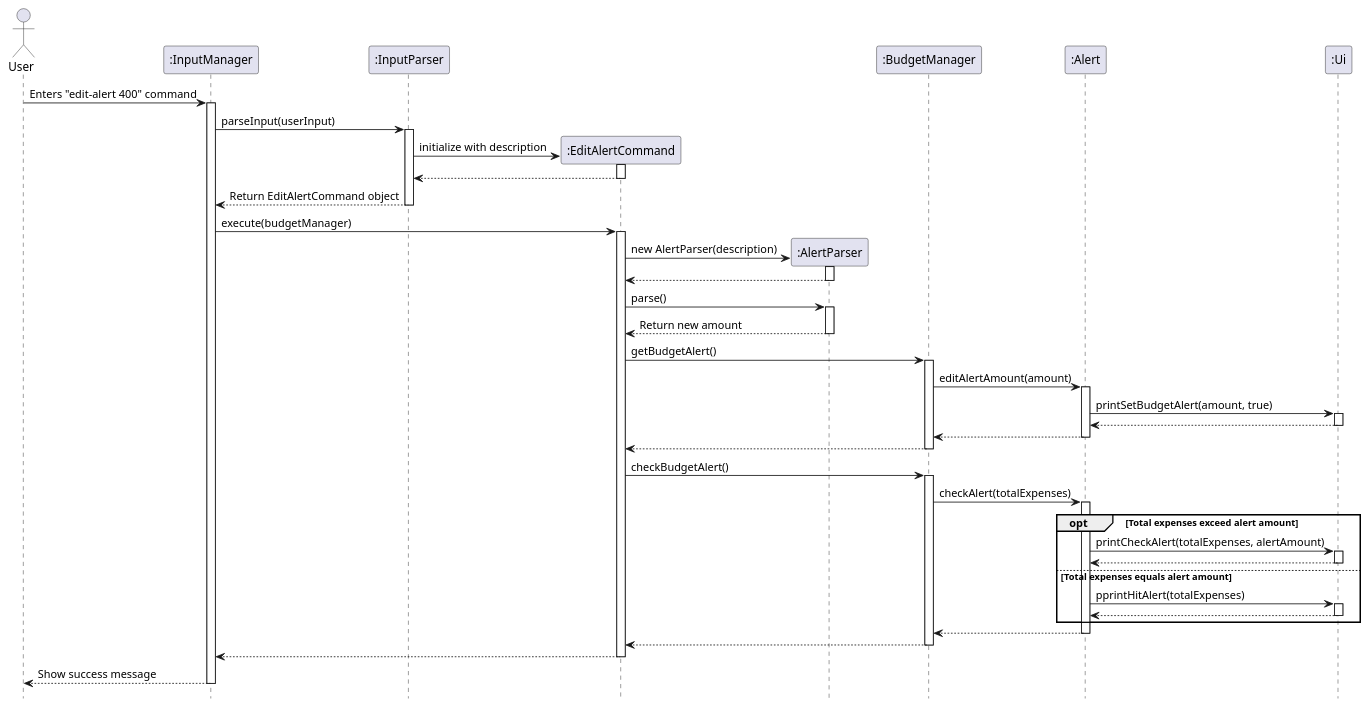
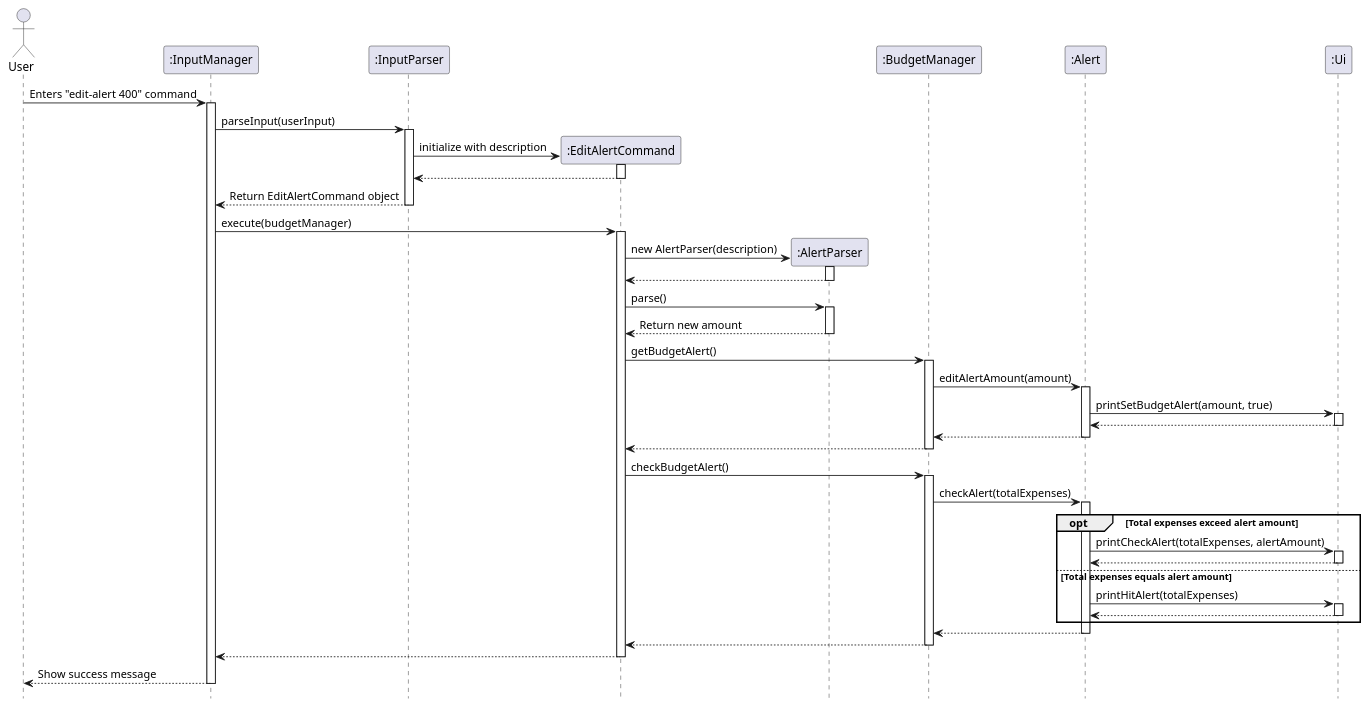
The diagram in docs/diagrams/EditAlertSequenceDiagram.puml (AY2425S2-CS2113-T12-4/tp), drawn with PlantUML before and after one commit. The commit also changed 3 other files, not shown here.

Commit message:
Update sequence diagrams to fix bugs

```diff
--- a/docs/diagrams/EditAlertSequenceDiagram.puml
+++ b/docs/diagrams/EditAlertSequenceDiagram.puml
@@ -1,74 +1,74 @@
 @startuml
 hide circle
 skinparam classAttributeIconSize 0
 hide footbox
 actor User
 participant ":InputManager" as IM
 participant ":InputParser" as IP
 participant ":EditAlertCommand" as EAC
 participant ":AlertParser" as AP
 participant ":BudgetManager" as BM
 participant ":Alert" as A
 participant ":Ui" as UI
 
 User -> IM: Enters "edit-alert 400" command
 activate IM
 IM -> IP: parseInput(userInput)
 activate IP
 create EAC
 IP -> EAC: initialize with description
 activate EAC
 EAC --> IP
 deactivate EAC
 IP --> IM: Return EditAlertCommand object
 deactivate IP
 
 IM -> EAC: execute(budgetManager)
 activate EAC
 create AP
 EAC -> AP: new AlertParser(description)
 activate AP
 AP-->EAC
 deactivate AP
 EAC -> AP: parse()
 activate AP
 AP --> EAC: Return new amount
 deactivate AP
 EAC -> BM: getBudgetAlert()
 activate BM
 BM -> A: editAlertAmount(amount)
 activate A
 A -> UI: printSetBudgetAlert(amount, true)
 activate UI
 UI --> A
 deactivate UI
 A--> BM
 deactivate A
 BM--> EAC
 deactivate BM
 EAC -> BM: checkBudgetAlert()
 activate BM
 BM -> A:checkAlert(totalExpenses)
 activate A
 opt Total expenses exceed alert amount
 A -> UI: printCheckAlert(totalExpenses, alertAmount)
 activate UI
 UI --> A
 deactivate UI
 else Total expenses equals alert amount
-A -> UI: pprintHitAlert(totalExpenses)
+A -> UI: printHitAlert(totalExpenses)
 activate UI
 UI --> A
 deactivate UI
 end
 A --> BM
 deactivate A
 BM--> EAC
 deactivate BM
 
 deactivate A
 EAC --> IM
 deactivate EAC
 IM --> User: Show success message
 deactivate IM
 @enduml
```
